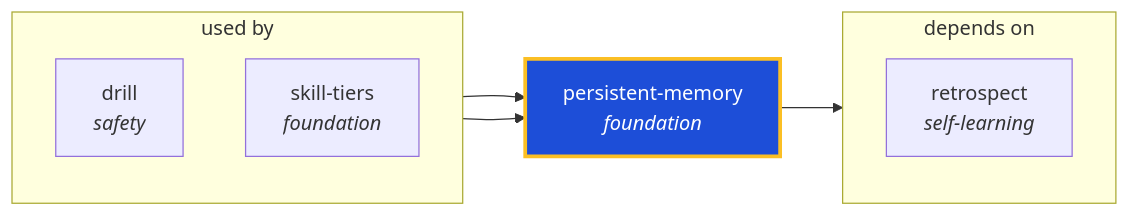
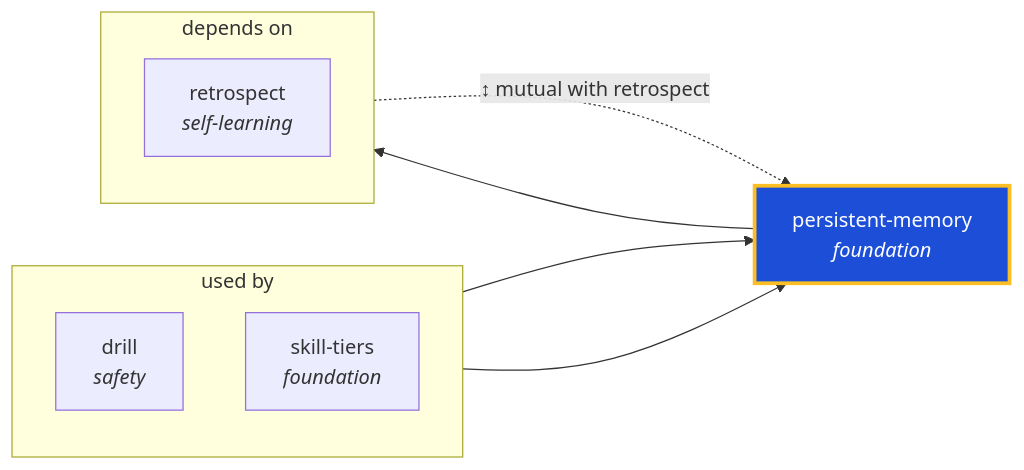
The diagram in docs/graphs/generated/persistent-memory.md (ThePlenkov/skills), drawn with Mermaid before and after one commit. The commit also changed other lines of this file and 22 other files, not shown here.

````diff
--- a/docs/graphs/generated/persistent-memory.md
+++ b/docs/graphs/generated/persistent-memory.md
@@ -22,20 +22,21 @@
 ```mermaid
 graph LR
   persistent_memory["persistent-memory<br/><i>foundation</i>"]
   classDef center fill:#1d4ed8,stroke:#fbbf24,stroke-width:3px,color:#fff
   class persistent_memory center
 
   subgraph sg_used_by["used by"]
     direction TB
     drill["drill<br/><i>safety</i>"]
     skill_tiers["skill-tiers<br/><i>foundation</i>"]
   end
   drill --> persistent_memory
   skill_tiers --> persistent_memory
 
   subgraph sg_depends_on["depends on"]
     direction TB
     retrospect["retrospect<br/><i>self-learning</i>"]
   end
   persistent_memory --> retrospect
+  retrospect -. "↕ mutual with retrospect" .-> persistent_memory
 ```
````
